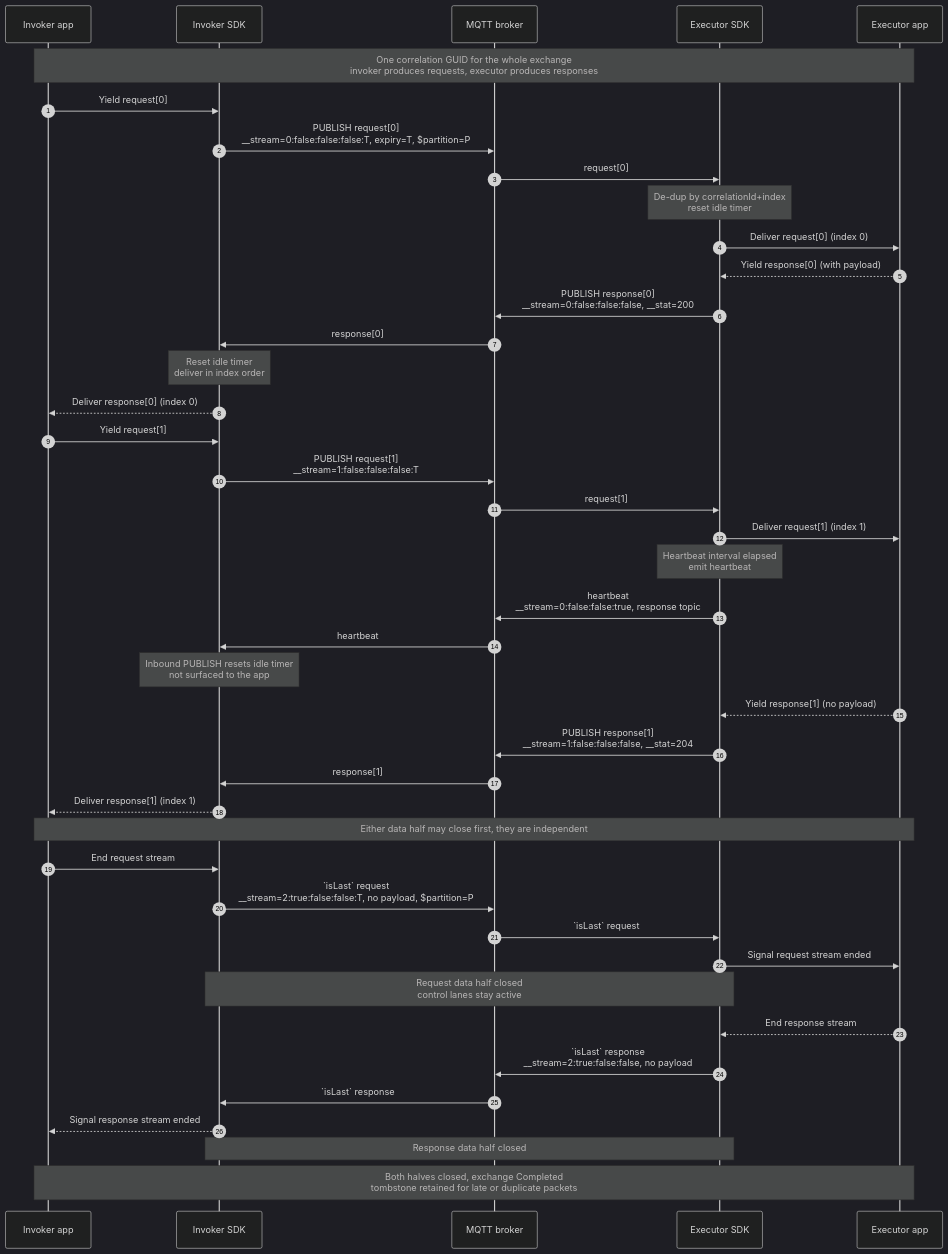
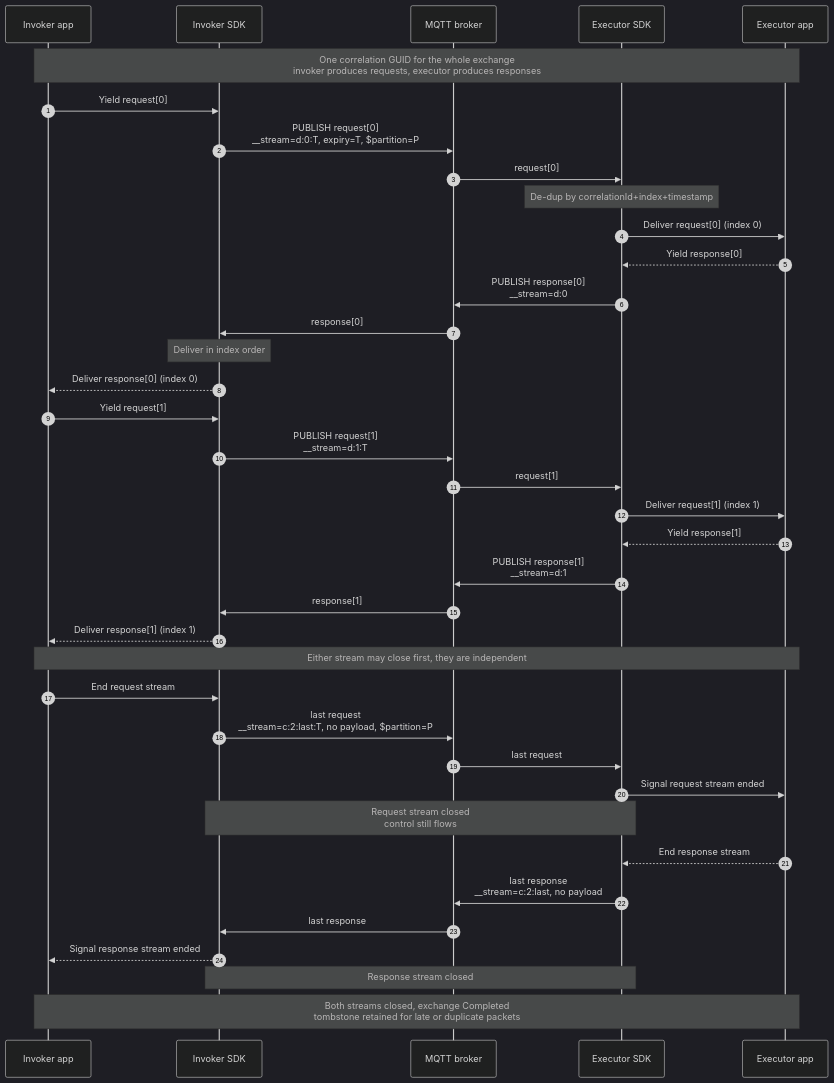
One commit to Azure/iot-operations-sdks changed the third of 10 diagrams in doc/dev/adr/0025-rpc-streaming-lifecycle-diagrams.md. Above: the diagram before and after it, drawn with Mermaid (dark theme). The commit also changed other lines of this file, not shown here.

Commit message:
refine terminology and clarify stream handling in RPC streaming documentation

````diff
--- a/doc/dev/adr/0025-rpc-streaming-lifecycle-diagrams.md
+++ b/doc/dev/adr/0025-rpc-streaming-lifecycle-diagrams.md
@@ -88,54 +87,49 @@
 ```mermaid
 sequenceDiagram
     autonumber
     participant IA as Invoker app
     participant IS as Invoker SDK
     participant B as MQTT broker
     participant ES as Executor SDK
     participant EA as Executor app
 
     Note over IA,EA: One correlation GUID for the whole exchange<br/>invoker produces requests, executor produces responses
 
     IA->>IS: Yield request[0]
-    IS->>B: PUBLISH request[0]<br/>__stream=0:false:false:false:T, expiry=T, $partition=P
+    IS->>B: PUBLISH request[0]<br/>__stream=d:0:T, expiry=T, $partition=P
     B->>ES: request[0]
-    Note over ES: De-dup by correlationId+index<br/>reset idle timer
+    Note over ES: De-dup by correlationId+index+timestamp
     ES->>EA: Deliver request[0] (index 0)
 
-    EA-->>ES: Yield response[0] (with payload)
-    ES->>B: PUBLISH response[0]<br/>__stream=0:false:false:false, __stat=200
+    EA-->>ES: Yield response[0]
+    ES->>B: PUBLISH response[0]<br/>__stream=d:0
     B->>IS: response[0]
-    Note over IS: Reset idle timer<br/>deliver in index order
+    Note over IS: Deliver in index order
     IS-->>IA: Deliver response[0] (index 0)
 
     IA->>IS: Yield request[1]
-    IS->>B: PUBLISH request[1]<br/>__stream=1:false:false:false:T
+    IS->>B: PUBLISH request[1]<br/>__stream=d:1:T
     B->>ES: request[1]
     ES->>EA: Deliver request[1] (index 1)
 
-    Note over ES: Heartbeat interval elapsed<br/>emit heartbeat
-    ES->>B: heartbeat<br/>__stream=0:false:false:true, response topic
-    B->>IS: heartbeat
-    Note over IS: Inbound PUBLISH resets idle timer<br/>not surfaced to the app
-
-    EA-->>ES: Yield response[1] (no payload)
-    ES->>B: PUBLISH response[1]<br/>__stream=1:false:false:false, __stat=204
+    EA-->>ES: Yield response[1]
+    ES->>B: PUBLISH response[1]<br/>__stream=d:1
     B->>IS: response[1]
     IS-->>IA: Deliver response[1] (index 1)
 
-    Note over IA,EA: Either data half may close first, they are independent
+    Note over IA,EA: Either stream may close first, they are independent
 
     IA->>IS: End request stream
-    IS->>B: `isLast` request<br/>__stream=2:true:false:false:T, no payload, $partition=P
-    B->>ES: `isLast` request
+    IS->>B: last request<br/>__stream=c:2:last:T, no payload, $partition=P
+    B->>ES: last request
     ES->>EA: Signal request stream ended
-    Note over IS,ES: Request data half closed<br/>control lanes stay active
+    Note over IS,ES: Request stream closed<br/>control still flows
 
     EA-->>ES: End response stream
-    ES->>B: `isLast` response<br/>__stream=2:true:false:false, no payload
-    B->>IS: `isLast` response
+    ES->>B: last response<br/>__stream=c:2:last, no payload
+    B->>IS: last response
     IS-->>IA: Signal response stream ended
-    Note over IS,ES: Response data half closed
+    Note over IS,ES: Response stream closed
 
-    Note over IA,EA: Both halves closed, exchange Completed<br/>tombstone retained for late or duplicate packets
+    Note over IA,EA: Both streams closed, exchange Completed<br/>tombstone retained for late or duplicate packets
 ```
````
